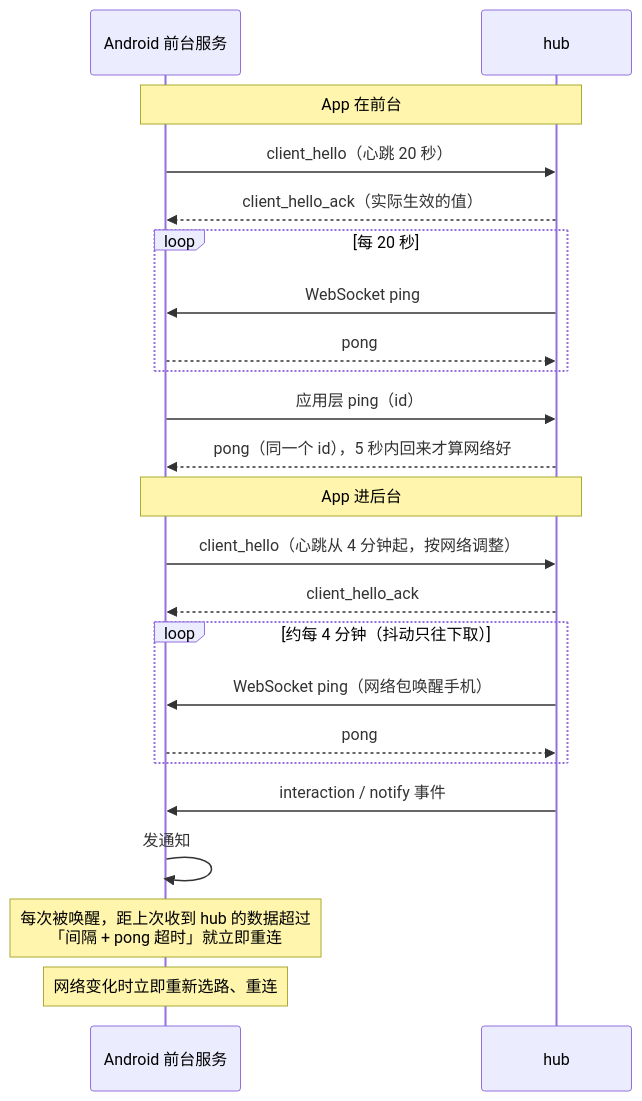
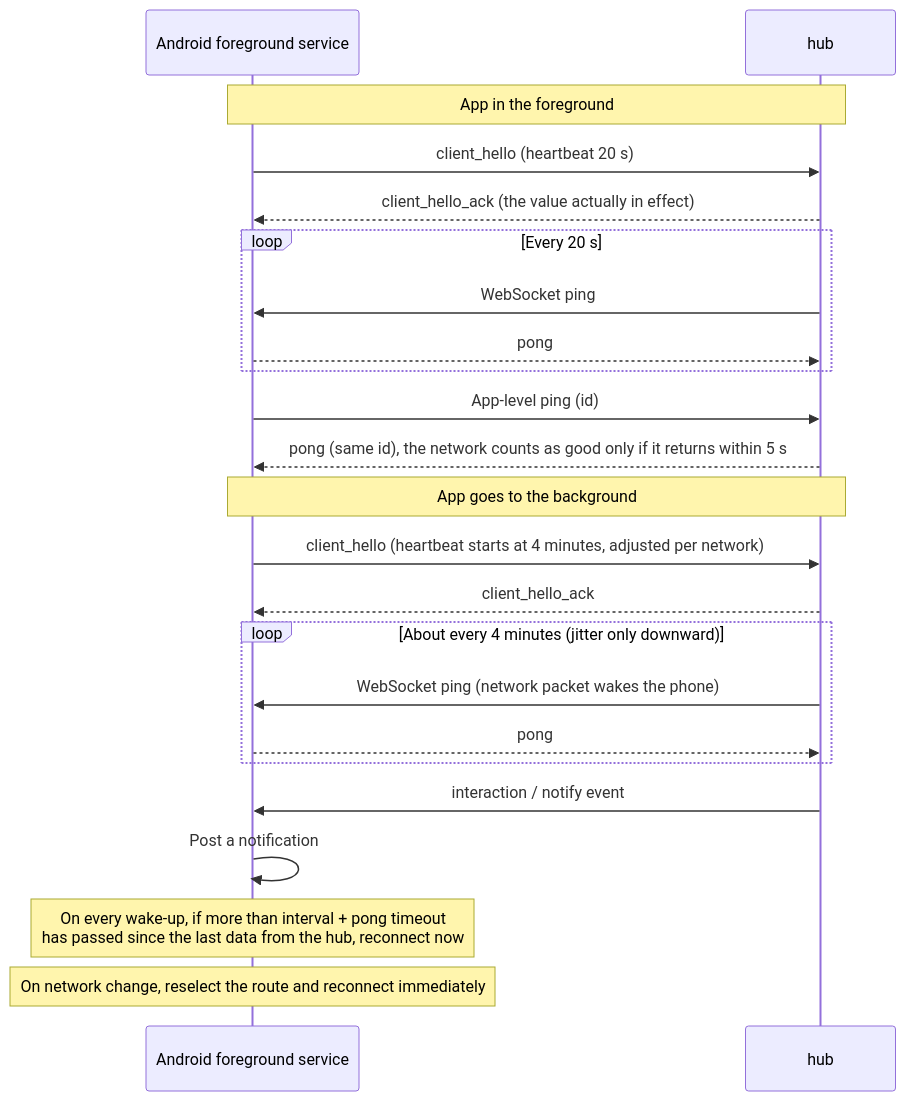
Before and after one commit to 413180794/persona: the sixth of 15 diagrams in docs/redesign/flows.md, drawn with Mermaid. The commit also changed other lines of this file and 6 other files, not shown here.

````diff
--- a/docs/redesign/flows.md
+++ b/docs/redesign/flows.md
@@ -145,25 +145,25 @@
 ```mermaid
 sequenceDiagram
-  participant S as Android 前台服务
+  participant S as Android foreground service
   participant H as hub
-  Note over S,H: App 在前台
-  S->>H: client_hello（心跳 20 秒）
-  H-->>S: client_hello_ack（实际生效的值）
-  loop 每 20 秒
+  Note over S,H: App in the foreground
+  S->>H: client_hello (heartbeat 20 s)
+  H-->>S: client_hello_ack (the value actually in effect)
+  loop Every 20 s
     H->>S: WebSocket ping
     S-->>H: pong
   end
-  S->>H: 应用层 ping（id）
-  H-->>S: pong（同一个 id），5 秒内回来才算网络好
-  Note over S,H: App 进后台
-  S->>H: client_hello（心跳从 4 分钟起，按网络调整）
+  S->>H: App-level ping (id)
+  H-->>S: pong (same id), the network counts as good only if it returns within 5 s
+  Note over S,H: App goes to the background
+  S->>H: client_hello (heartbeat starts at 4 minutes, adjusted per network)
   H-->>S: client_hello_ack
-  loop 约每 4 分钟（抖动只往下取）
-    H->>S: WebSocket ping（网络包唤醒手机）
+  loop About every 4 minutes (jitter only downward)
+    H->>S: WebSocket ping (network packet wakes the phone)
     S-->>H: pong
   end
-  H->>S: interaction / notify 事件
-  S->>S: 发通知
-  Note over S: 每次被唤醒，距上次收到 hub 的数据超过<br/>「间隔 + pong 超时」就立即重连
-  Note over S: 网络变化时立即重新选路、重连
+  H->>S: interaction / notify event
+  S->>S: Post a notification
+  Note over S: On every wake-up, if more than interval + pong timeout<br/>has passed since the last data from the hub, reconnect now
+  Note over S: On network change, reselect the route and reconnect immediately
 ```
````
